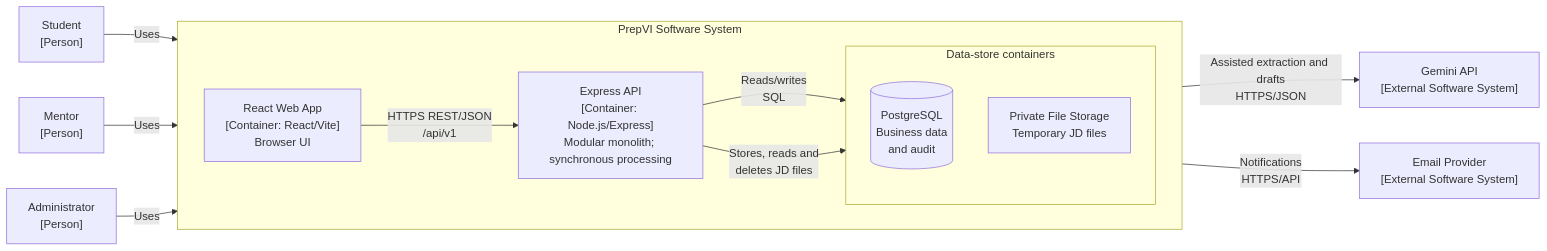
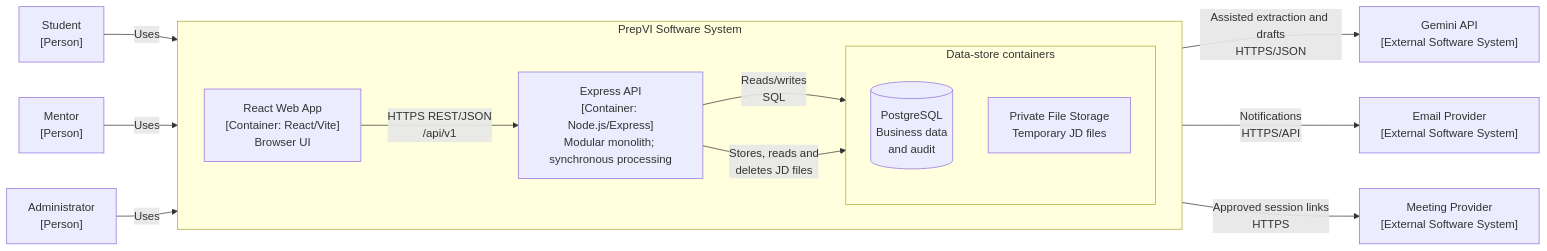
The second of 2 diagrams in docs/Oral_Exam/Q05_software-architecture/Software_Architecture_EN.md (tnnhuaa/InterviewQuestionBank), drawn with Mermaid before and after one commit. The commit also changed other lines of this file and 2 other files, not shown here.

Commit message:
docs: refine Q05 C4 external actors

```diff
--- a/docs/Oral_Exam/Q05_software-architecture/Software_Architecture_EN.md
+++ b/docs/Oral_Exam/Q05_software-architecture/Software_Architecture_EN.md
@@ -121,26 +120,27 @@
 ~~~mermaid
 flowchart LR
     Student["Student<br/>[Person]"] -->|Uses| Web
     Mentor["Mentor<br/>[Person]"] -->|Uses| Web
     Admin["Administrator<br/>[Person]"] -->|Uses| Web
 
     subgraph PrepVI["PrepVI Software System"]
         direction LR
         Web["React Web App<br/>[Container: React/Vite]<br/>Browser UI"]
 
         API["Express API<br/>[Container: Node.js/Express]<br/>Modular monolith; synchronous processing"]
 
         subgraph Data["Data-store containers"]
             direction TB
             DB[("PostgreSQL<br/>Business data<br/>and audit")]
             FileStore["Private File Storage<br/>Temporary JD files"]
         end
 
         Web -->|"HTTPS REST/JSON<br/>/api/v1"| API
         API -->|"Reads/writes<br/>SQL"| DB
         API -->|"Stores, reads and<br/>deletes JD files"| FileStore
     end
 
     API -->|"Assisted extraction and drafts<br/>HTTPS/JSON"| Gemini["Gemini API<br/>[External Software System]"]
     API -->|"Notifications<br/>HTTPS/API"| Email["Email Provider<br/>[External Software System]"]
+    API -->|"Approved session links<br/>HTTPS"| Meeting["Meeting Provider<br/>[External Software System]"]
 ~~~
```
